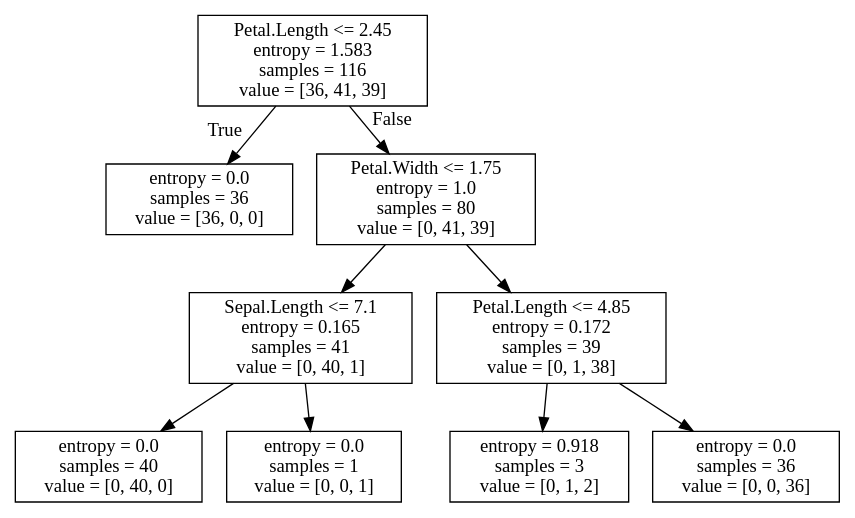
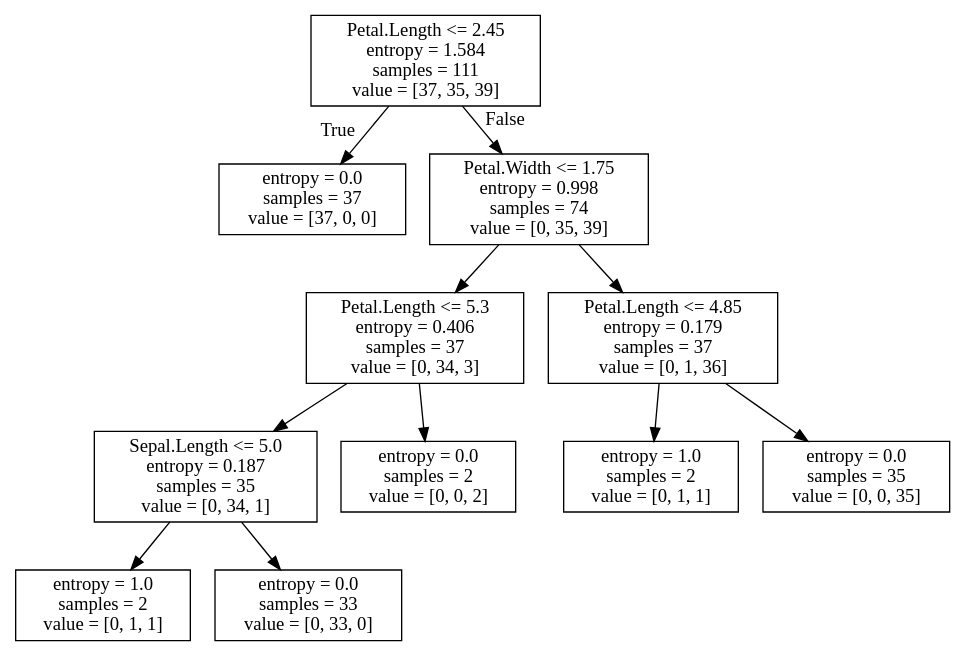
The diagram in S10 Arboles y bosques Aleatorios - C144 El tratamiento de ficheros dot.dot (achiola/pythonNotebooks), drawn with Graphviz before and after one commit. The commit also changed 12 other files, not shown here.

```diff
--- a/S10 Arboles y bosques Aleatorios - C144 El tratamiento de ficheros dot.dot
+++ b/S10 Arboles y bosques Aleatorios - C144 El tratamiento de ficheros dot.dot
@@ -1,20 +1,24 @@
 digraph Tree {
 node [shape=box] ;
-0 [label="Petal.Length <= 2.45\nentropy = 1.583\nsamples = 116\nvalue = [36, 41, 39]"] ;
-1 [label="entropy = 0.0\nsamples = 36\nvalue = [36, 0, 0]"] ;
+0 [label="Petal.Length <= 2.45\nentropy = 1.584\nsamples = 111\nvalue = [37, 35, 39]"] ;
+1 [label="entropy = 0.0\nsamples = 37\nvalue = [37, 0, 0]"] ;
 0 -> 1 [labeldistance=2.5, labelangle=45, headlabel="True"] ;
-2 [label="Petal.Width <= 1.75\nentropy = 1.0\nsamples = 80\nvalue = [0, 41, 39]"] ;
+2 [label="Petal.Width <= 1.75\nentropy = 0.998\nsamples = 74\nvalue = [0, 35, 39]"] ;
 0 -> 2 [labeldistance=2.5, labelangle=-45, headlabel="False"] ;
-3 [label="Sepal.Length <= 7.1\nentropy = 0.165\nsamples = 41\nvalue = [0, 40, 1]"] ;
+3 [label="Petal.Length <= 5.3\nentropy = 0.406\nsamples = 37\nvalue = [0, 34, 3]"] ;
 2 -> 3 ;
-4 [label="entropy = 0.0\nsamples = 40\nvalue = [0, 40, 0]"] ;
+4 [label="Sepal.Length <= 5.0\nentropy = 0.187\nsamples = 35\nvalue = [0, 34, 1]"] ;
 3 -> 4 ;
-5 [label="entropy = 0.0\nsamples = 1\nvalue = [0, 0, 1]"] ;
-3 -> 5 ;
-6 [label="Petal.Length <= 4.85\nentropy = 0.172\nsamples = 39\nvalue = [0, 1, 38]"] ;
-2 -> 6 ;
-7 [label="entropy = 0.918\nsamples = 3\nvalue = [0, 1, 2]"] ;
-6 -> 7 ;
-8 [label="entropy = 0.0\nsamples = 36\nvalue = [0, 0, 36]"] ;
-6 -> 8 ;
+5 [label="entropy = 1.0\nsamples = 2\nvalue = [0, 1, 1]"] ;
+4 -> 5 ;
+6 [label="entropy = 0.0\nsamples = 33\nvalue = [0, 33, 0]"] ;
+4 -> 6 ;
+7 [label="entropy = 0.0\nsamples = 2\nvalue = [0, 0, 2]"] ;
+3 -> 7 ;
+8 [label="Petal.Length <= 4.85\nentropy = 0.179\nsamples = 37\nvalue = [0, 1, 36]"] ;
+2 -> 8 ;
+9 [label="entropy = 1.0\nsamples = 2\nvalue = [0, 1, 1]"] ;
+8 -> 9 ;
+10 [label="entropy = 0.0\nsamples = 35\nvalue = [0, 0, 35]"] ;
+8 -> 10 ;
 }
```
